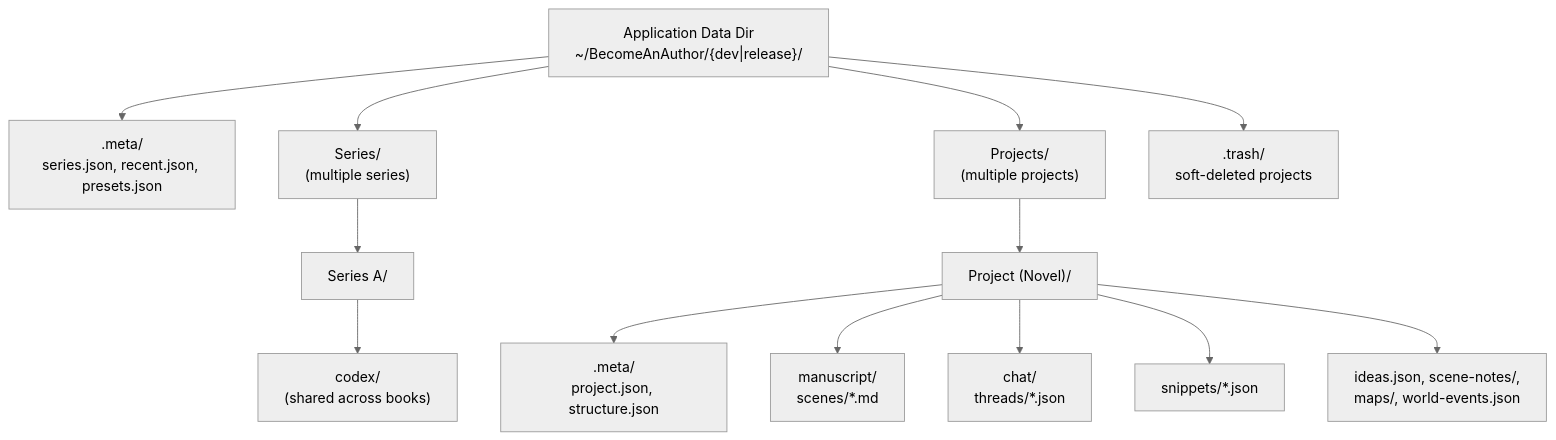
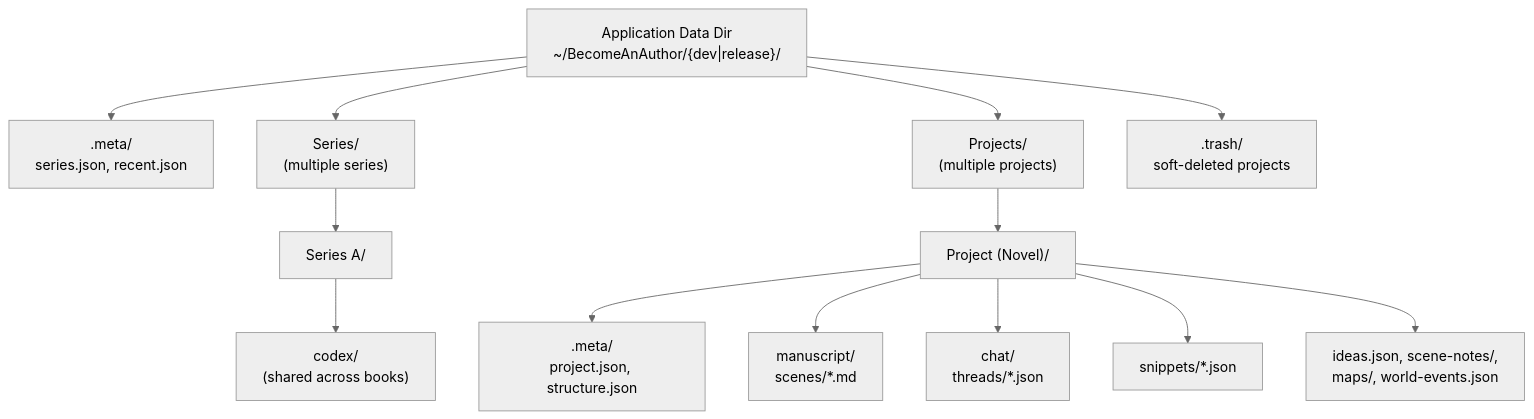
Before and after one commit to Sai-Roopesh/becomeAnAuthor: the fifth of 6 diagrams in docs/hld.md, drawn with Mermaid (neutral theme). The commit also changed other lines of this file and 2 other files, not shown here.

First line of the commit message:
docs: update ARCHITECTURE.md, hld.md, and lld.md to reflect export system changes

````diff
--- a/docs/hld.md
+++ b/docs/hld.md
@@ -519,26 +519,26 @@
 ```mermaid
 graph TD
     App["Application Data Dir<br/>~/BecomeAnAuthor/{dev|release}/"]
-    Meta[".meta/<br/>series.json, recent.json, presets.json"]
+    Meta[".meta/<br/>series.json, recent.json"]
     Series["Series/<br/>(multiple series)"]
     S1["Series A/"]
     S1Codex["codex/<br/>(shared across books)"]
     Projects["Projects/<br/>(multiple projects)"]
     P1["Project (Novel)/"]
     P1Meta[".meta/<br/>project.json, structure.json"]
     P1Scenes["manuscript/<br/>scenes/*.md"]
     P1Chat["chat/<br/>threads/*.json"]
     P1Snippets["snippets/*.json"]
     P1Other["ideas.json, scene-notes/,<br/>maps/, world-events.json"]
     Trash[".trash/<br/>soft-deleted projects"]
 
     App --> Meta
     App --> Series --> S1 --> S1Codex
     App --> Projects --> P1
     P1 --> P1Meta
     P1 --> P1Scenes
     P1 --> P1Chat
     P1 --> P1Snippets
     P1 --> P1Other
     App --> Trash
 ```
````
